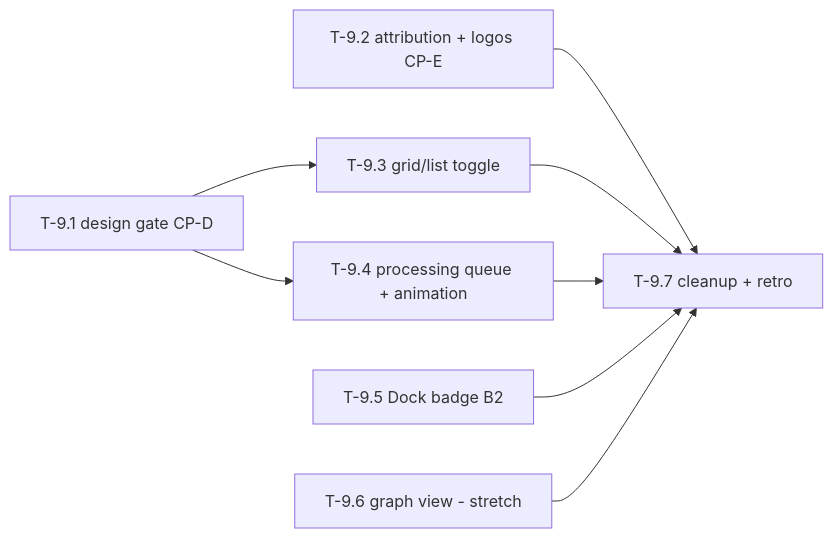
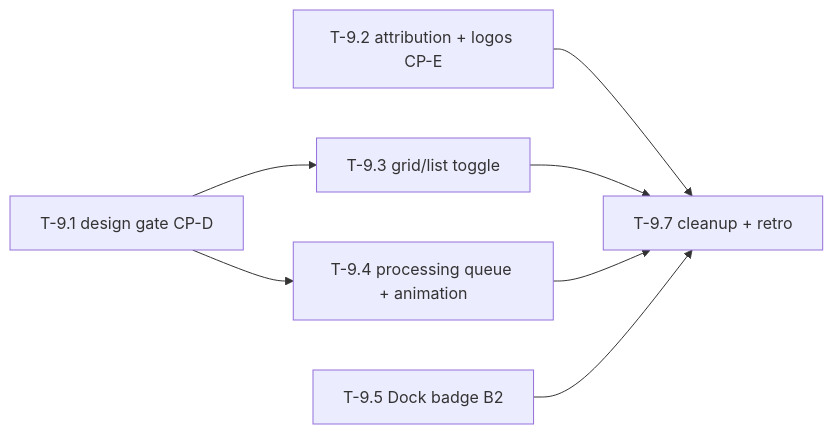
One commit to Mkohler4/gunk changed the diagram in docs/tasks/phase-9-library-v2-and-processing-states.md. Above: the diagram before and after it, drawn with Mermaid. The commit also changed other lines of this file and 9 other files, not shown here.

First line of the commit message:
chore(app): phase-9 close-out (T-9.7) + defer graph view to Phase 13 (#168)

````diff
--- a/docs/tasks/phase-9-library-v2-and-processing-states.md
+++ b/docs/tasks/phase-9-library-v2-and-processing-states.md
@@ -519,17 +475,15 @@
 ```mermaid
 flowchart LR
     t1[T-9.1 design gate CP-D]
     t2[T-9.2 attribution + logos CP-E]
     t3[T-9.3 grid/list toggle]
     t4[T-9.4 processing queue + animation]
     t5[T-9.5 Dock badge B2]
-    t6[T-9.6 graph view - stretch]
     t7[T-9.7 cleanup + retro]
     t1 --> t3
     t1 --> t4
     t2 --> t7
     t3 --> t7
     t4 --> t7
     t5 --> t7
-    t6 --> t7
 ```
````
